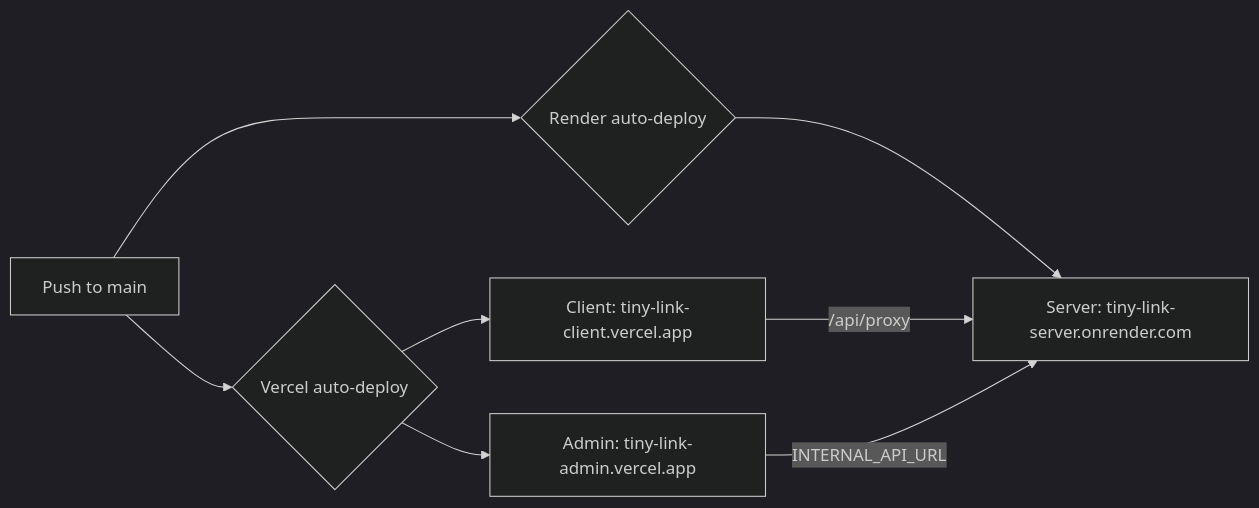
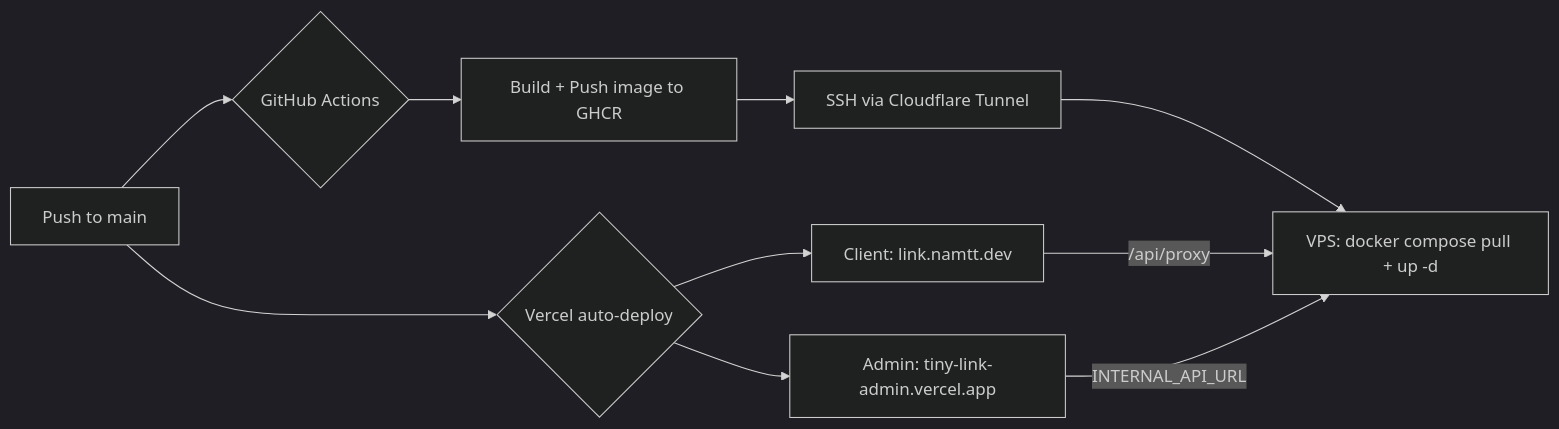
One commit to thanhnam2811/tiny-link changed the diagram in docs/ARCHITECTURE.md. Above: the diagram before and after it, drawn with Mermaid (dark theme). The commit also changed other lines of this file and 9 other files, not shown here.

First line of the commit message:
chore: migrate deployment from Render to self-hosted VPS

````diff
--- a/docs/ARCHITECTURE.md
+++ b/docs/ARCHITECTURE.md
@@ -227,10 +227,12 @@
 ```mermaid
 graph LR
     A[Push to main] --> B{Vercel auto-deploy}
-    A --> C{Render auto-deploy}
-    B --> D[Client: tiny-link-client.vercel.app]
+    A --> C{GitHub Actions}
+    B --> D[Client: link.namtt.dev]
     B --> E[Admin: tiny-link-admin.vercel.app]
-    C --> F[Server: tiny-link-server.onrender.com]
+    C --> G[Build + Push image to GHCR]
+    G --> H[SSH via Cloudflare Tunnel]
+    H --> F[VPS: docker compose pull + up -d]
     D -- "/api/proxy" --> F
     E -- "INTERNAL_API_URL" --> F
 ```
````
